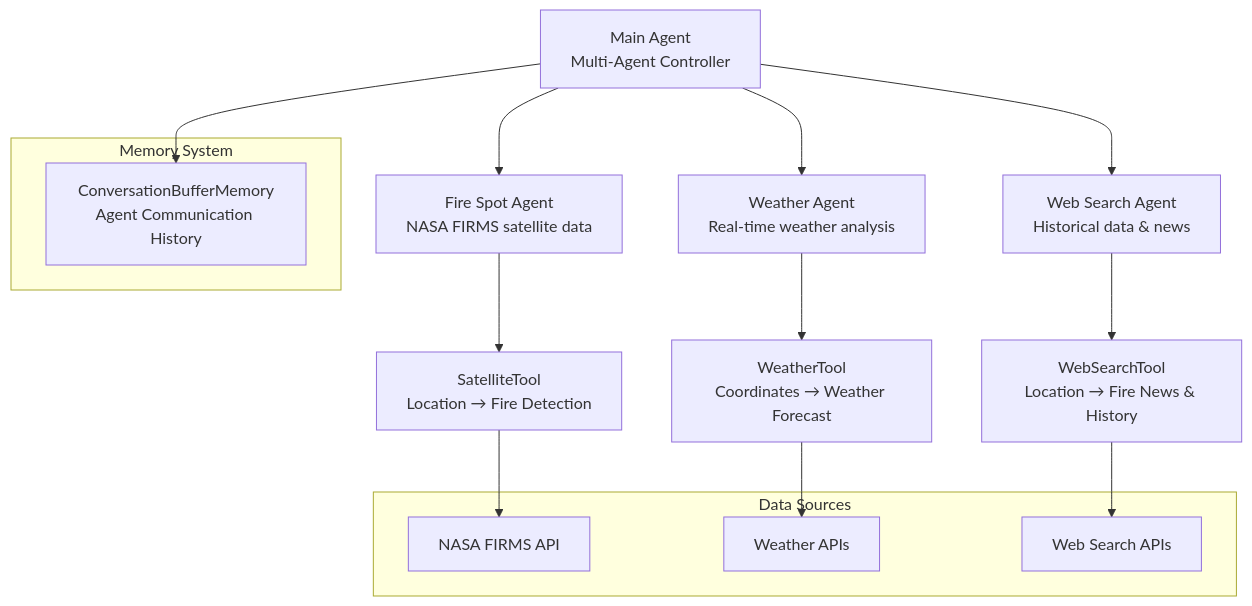
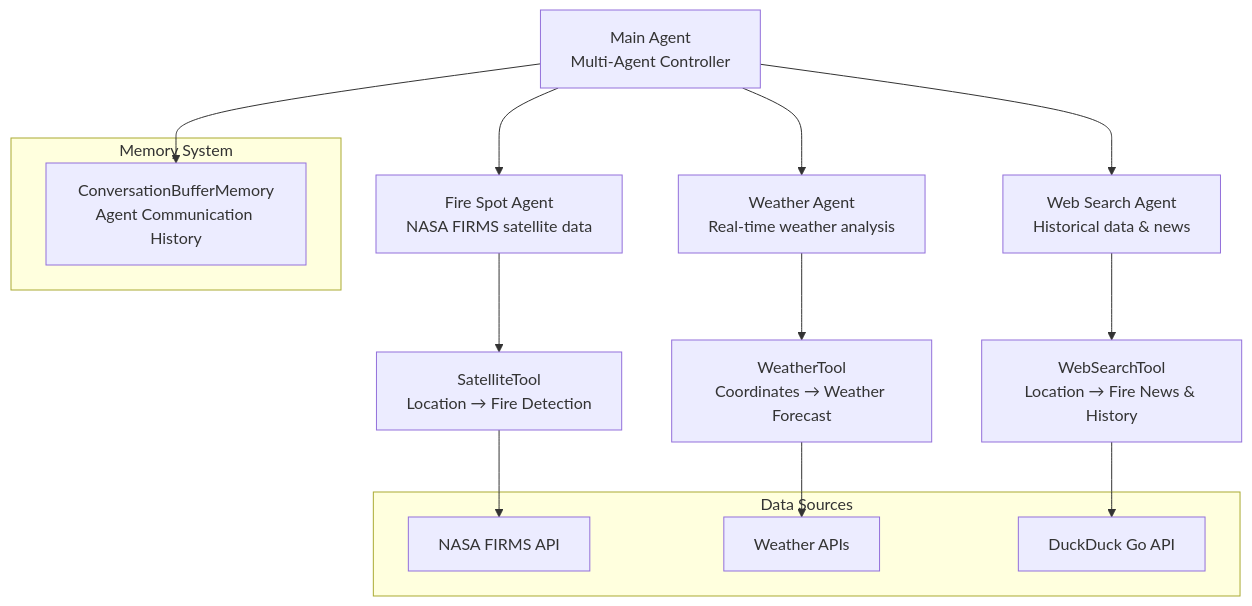
The diagram in README.md (sjsreehari/PyroScan-AI), drawn with Mermaid before and after one commit.

````diff
--- a/README.md
+++ b/README.md
@@ -37,26 +37,26 @@
 ```mermaid
 graph TD
     A[ Main Agent<br/>Multi-Agent Controller] --> B[ Weather Agent<br/>Real-time weather analysis]
     A --> C[ Web Search Agent<br/>Historical data & news]
     A --> D[ Fire Spot Agent<br/>NASA FIRMS satellite data]
     
     B --> B1[ WeatherTool<br/>Coordinates → Weather Forecast]
     C --> C1[ WebSearchTool<br/>Location → Fire News & History]
     D --> D1[ SatelliteTool<br/>Location → Fire Detection]
     
     subgraph Memory System
         A2[ ConversationBufferMemory<br/>Agent Communication History]
     end
     
     A --> A2
     
     subgraph Data Sources
         E[ NASA FIRMS API]
         F[ Weather APIs]
-        G[ Web Search APIs]
+        G[ DuckDuck Go API]
     end
     
     B1 --> F
     C1 --> G
     D1 --> E
 ```
````
